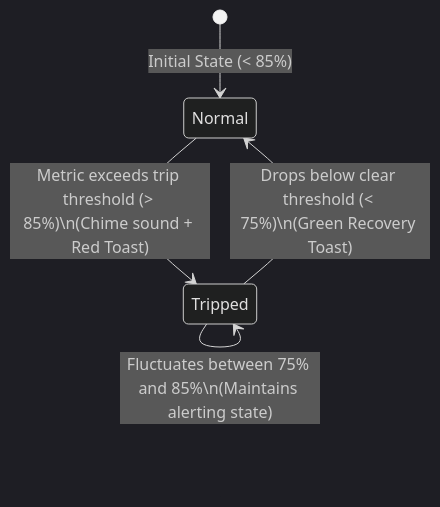
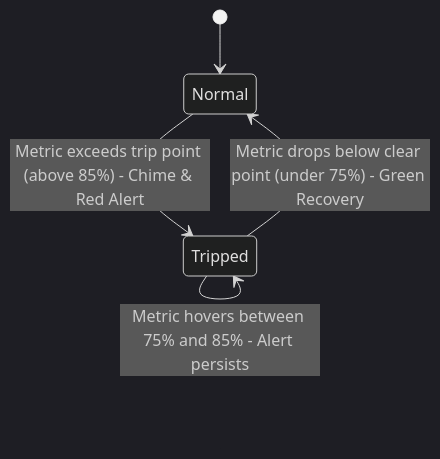
One commit to Muhammad-Haziq911/monitoringDashboard changed the diagram in docs/FRONTEND_SYSTEM.md. Above: the diagram before and after it, drawn with Mermaid (dark theme). The commit also changed 2 other files, not shown here.

Commit message:
docs: Update agent guide and architecture documentation for clarity and consistency

````diff
--- a/docs/FRONTEND_SYSTEM.md
+++ b/docs/FRONTEND_SYSTEM.md
@@ -74,7 +74,7 @@
 ```mermaid
 stateDiagram-v2
-    [*] --> Normal: Initial State (< 85%)
-    Normal --> Tripped: Metric exceeds trip threshold (> 85%)\n(Chime sound + Red Toast)
-    Tripped --> Tripped: Fluctuates between 75% and 85%\n(Maintains alerting state)
-    Tripped --> Normal: Drops below clear threshold (< 75%)\n(Green Recovery Toast)
+    [*] --> Normal
+    Normal --> Tripped: Metric exceeds trip point (above 85%) - Chime & Red Alert
+    Tripped --> Tripped: Metric hovers between 75% and 85% - Alert persists
+    Tripped --> Normal: Metric drops below clear point (under 75%) - Green Recovery
 ```
````
